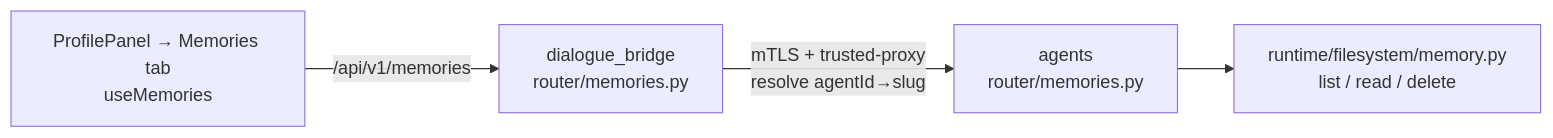
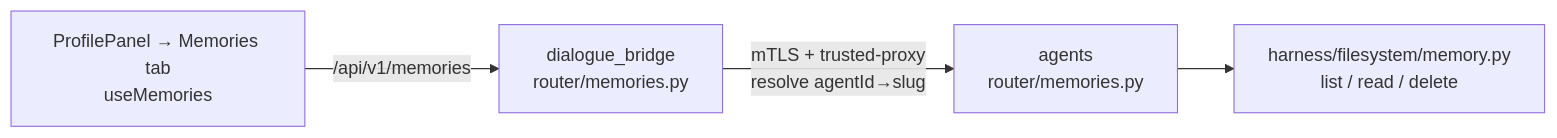
The second of 2 diagrams in docs/flows/agent-memory.md (konstantinosmpouros/mAgenticX), drawn with Mermaid before and after one commit. The commit also changed other lines of this file and 2241 other files, not shown here.

Commit message:
refactor(agents): rename the runtime package to harness

````diff
--- a/docs/flows/agent-memory.md
+++ b/docs/flows/agent-memory.md
@@ -75,6 +75,6 @@
 ```mermaid
 flowchart LR
     UI[ProfilePanel → Memories tab<br/>useMemories] -->|/api/v1/memories| BR[dialogue_bridge<br/>router/memories.py]
     BR -->|mTLS + trusted-proxy<br/>resolve agentId→slug| AG[agents<br/>router/memories.py]
-    AG --> FS[runtime/filesystem/memory.py<br/>list / read / delete]
+    AG --> FS[harness/filesystem/memory.py<br/>list / read / delete]
 ```
````
